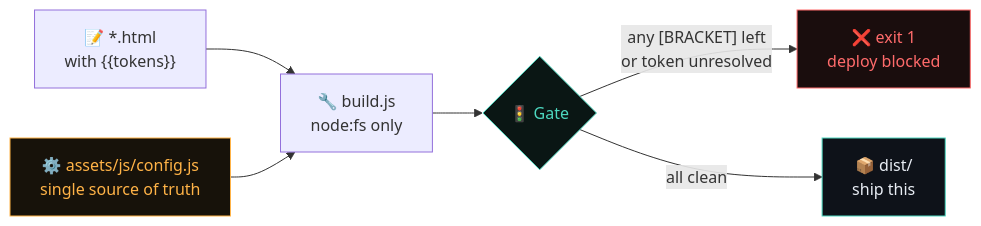
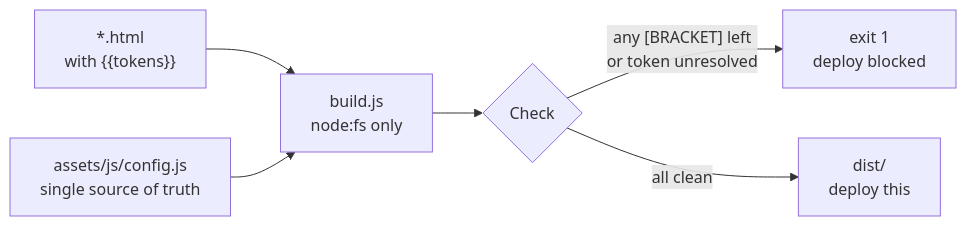
Before and after one commit to AD-Programmer/My-Portfolio: the diagram in README.md, drawn with Mermaid. The commit also changed other lines of this file and 12 other files, not shown here.

````diff
--- a/README.md
+++ b/README.md
@@ -104,13 +68,8 @@
 ```mermaid
 flowchart LR
-    A["📝 *.html<br/>with {{tokens}}"] --> C
-    B["⚙️ assets/js/config.js<br/>single source of truth"] --> C
-    C["🔧 build.js<br/>node:fs only"] --> D{"🚦 Gate"}
-    D -->|"any [BRACKET] left<br/>or token unresolved"| E["❌ exit 1<br/>deploy blocked"]
-    D -->|"all clean"| F["📦 dist/<br/>ship this"]
-
-    style B fill:#17120a,stroke:#ffb347,color:#ffb347
-    style D fill:#0a1614,stroke:#4dd8c0,color:#4dd8c0
-    style E fill:#1a0d0d,stroke:#ff6b6b,color:#ff6b6b
-    style F fill:#0e1219,stroke:#4dd8c0,color:#e8edf4
+    A["*.html<br/>with {{tokens}}"] --> C
+    B["assets/js/config.js<br/>single source of truth"] --> C
+    C["build.js<br/>node:fs only"] --> D{"Check"}
+    D -->|"any [BRACKET] left<br/>or token unresolved"| E["exit 1<br/>deploy blocked"]
+    D -->|"all clean"| F["dist/<br/>deploy this"]
 ```
````
